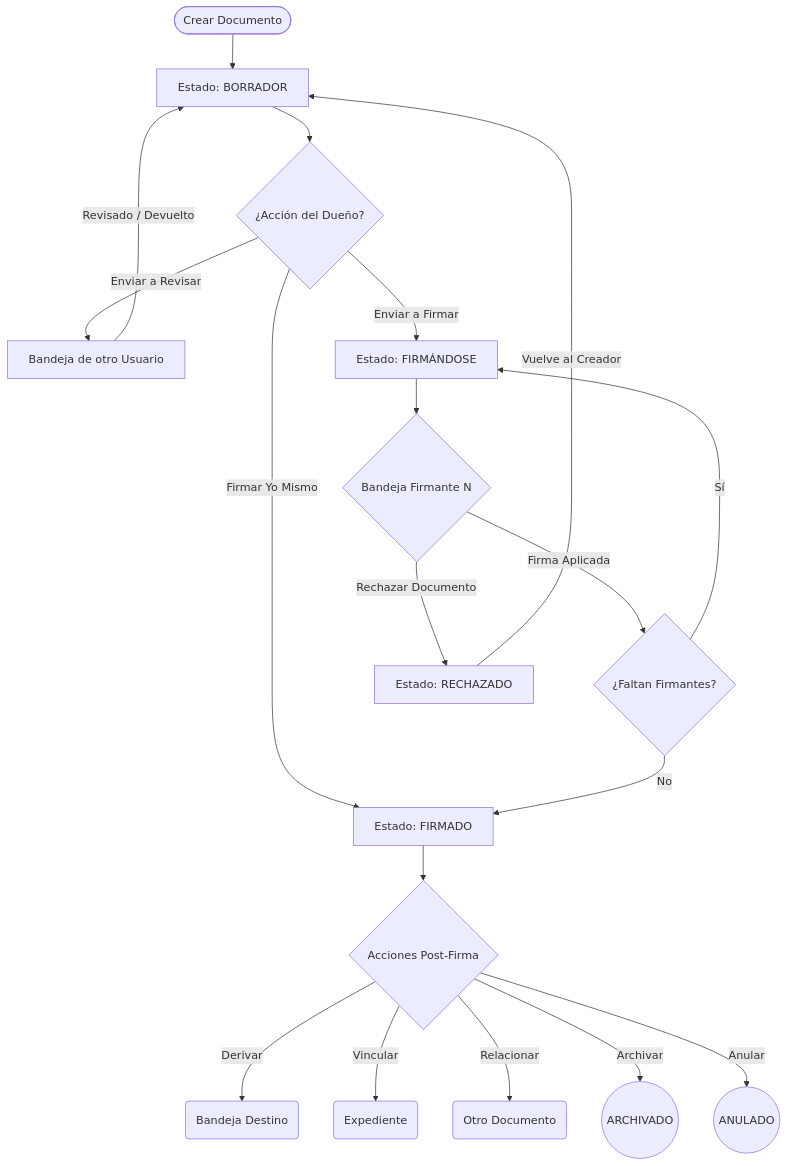
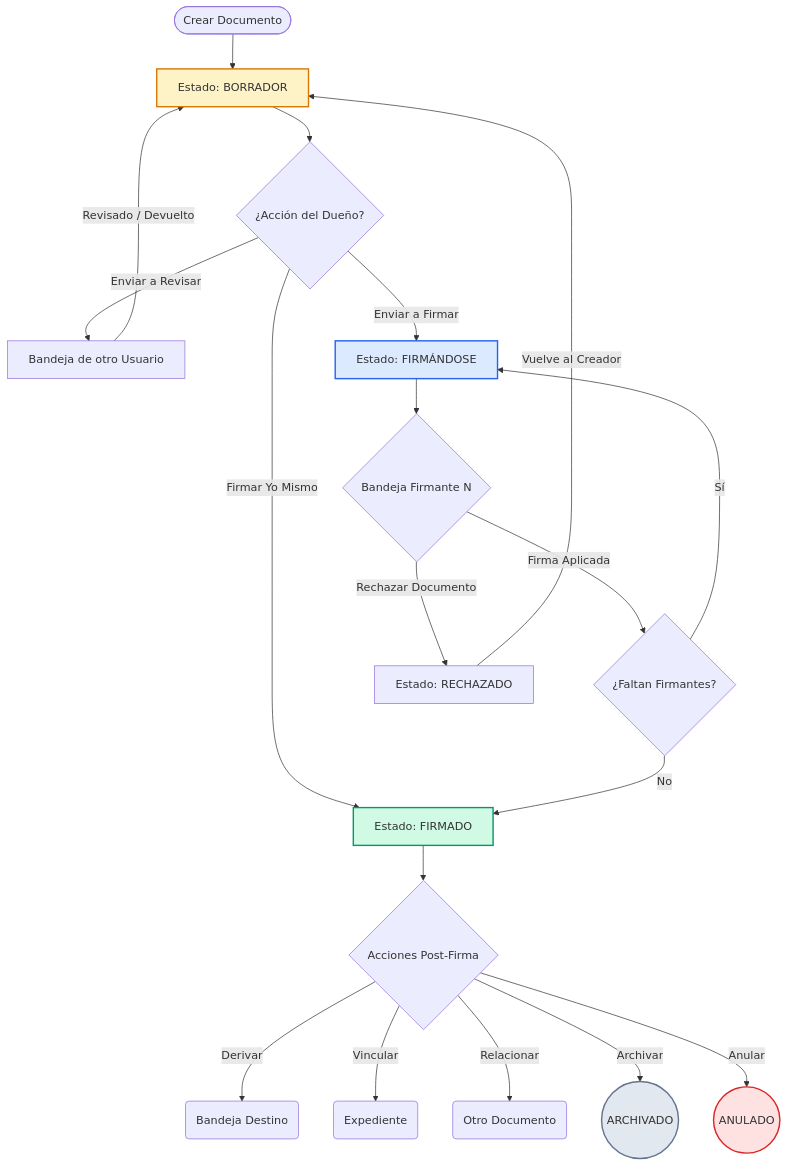
One commit to sheyk87/Sistema_Documental_JS changed the first of 5 diagrams in README.md. Above: the diagram before and after it, drawn with Mermaid. The commit also changed other lines of this file, not shown here.

````diff
--- a/README.md
+++ b/README.md
@@ -73,25 +371,31 @@
 ```mermaid
 graph TD
     A([Crear Documento]) --> B[Estado: BORRADOR]
     B --> C{¿Acción del Dueño?}
     
     C -->|Enviar a Revisar| D[Bandeja de otro Usuario]
     D -->|Revisado / Devuelto| B
     
     C -->|Firmar Yo Mismo| E[Estado: FIRMADO]
     
     C -->|Enviar a Firmar| F[Estado: FIRMÁNDOSE]
     F --> G{Bandeja Firmante N}
     G -->|Firma Aplicada| H{¿Faltan Firmantes?}
     H -->|Sí| F
     H -->|No| E
     G -->|Rechazar Documento| I[Estado: RECHAZADO]
     I -->|Vuelve al Creador| B
     
     E --> J{Acciones Post-Firma}
     J -->|Derivar| K(Bandeja Destino)
     J -->|Vincular| L(Expediente)
     J -->|Relacionar| M(Otro Documento)
     J -->|Archivar| N((ARCHIVADO))
     J -->|Anular| O((ANULADO))
+    
+    style B fill:#fef3c7,stroke:#d97706,stroke-width:2px
+    style F fill:#dbeafe,stroke:#2563eb,stroke-width:2px
+    style E fill:#d1fae5,stroke:#059669,stroke-width:2px
+    style N fill:#e2e8f0,stroke:#64748b,stroke-width:2px
+    style O fill:#fee2e2,stroke:#dc2626,stroke-width:2px
 ```
````
